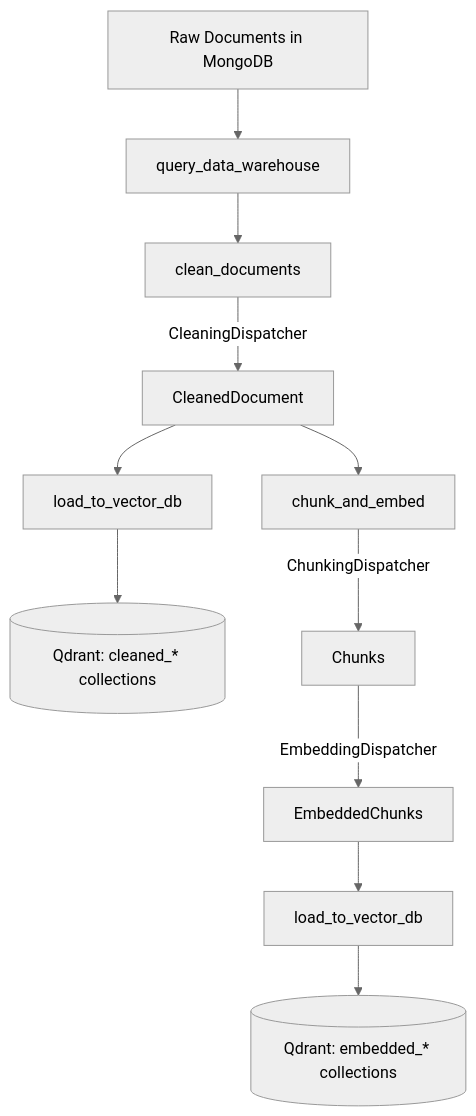
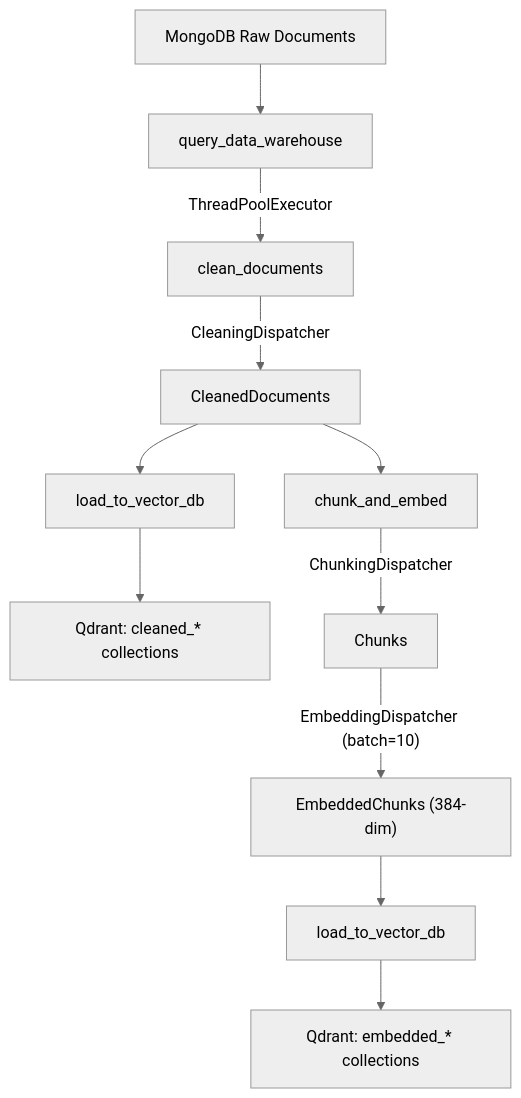
The third of 3 diagrams in README.md (sh-arka22/MoodSwarm-LLM), drawn with Mermaid (neutral theme) before and after one commit. The commit also changed other lines of this file, not shown here.

````diff
--- a/README.md
+++ b/README.md
@@ -127,13 +194,13 @@
 ```mermaid
 graph TD
-    Raw[Raw Documents in MongoDB] --> QW[query_data_warehouse]
-    QW --> CD[clean_documents]
-    CD --> |CleaningDispatcher| Cleaned[CleanedDocument]
-    Cleaned --> CV[load_to_vector_db]
-    CV --> QC[(Qdrant: cleaned_* collections)]
-    Cleaned --> CE[chunk_and_embed]
-    CE --> |ChunkingDispatcher| Chunks[Chunks]
-    Chunks --> |EmbeddingDispatcher| Embedded[EmbeddedChunks]
-    Embedded --> EV[load_to_vector_db]
-    EV --> QE[(Qdrant: embedded_* collections)]
+    A[MongoDB Raw Documents] --> B[query_data_warehouse]
+    B --> |ThreadPoolExecutor| C[clean_documents]
+    C --> |CleaningDispatcher| D["CleanedDocuments"]
+    D --> E1[load_to_vector_db]
+    E1 --> F1["Qdrant: cleaned_* collections"]
+    D --> G[chunk_and_embed]
+    G --> |ChunkingDispatcher| H[Chunks]
+    H --> |"EmbeddingDispatcher (batch=10)"| I["EmbeddedChunks (384-dim)"]
+    I --> E2[load_to_vector_db]
+    E2 --> F2["Qdrant: embedded_* collections"]
 ```
````
